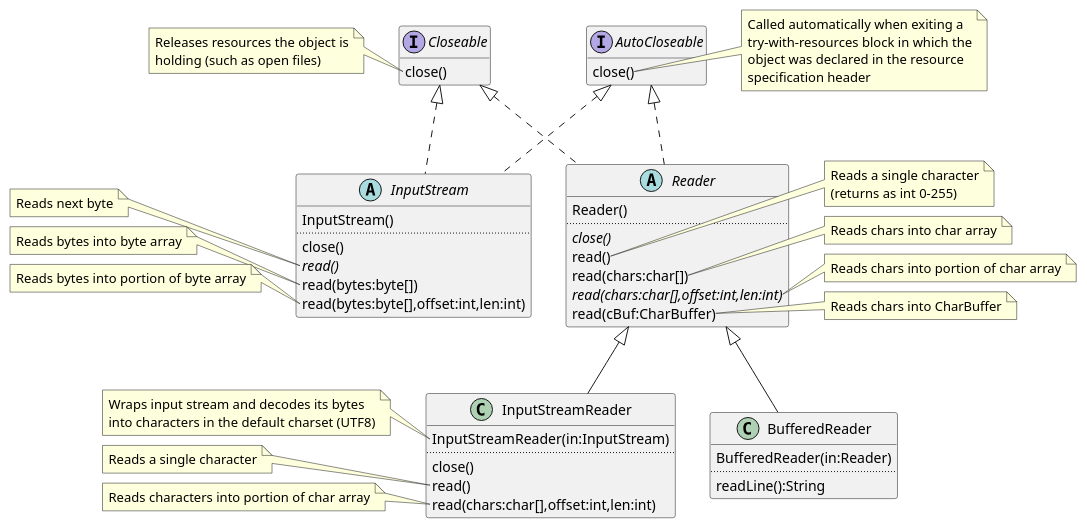
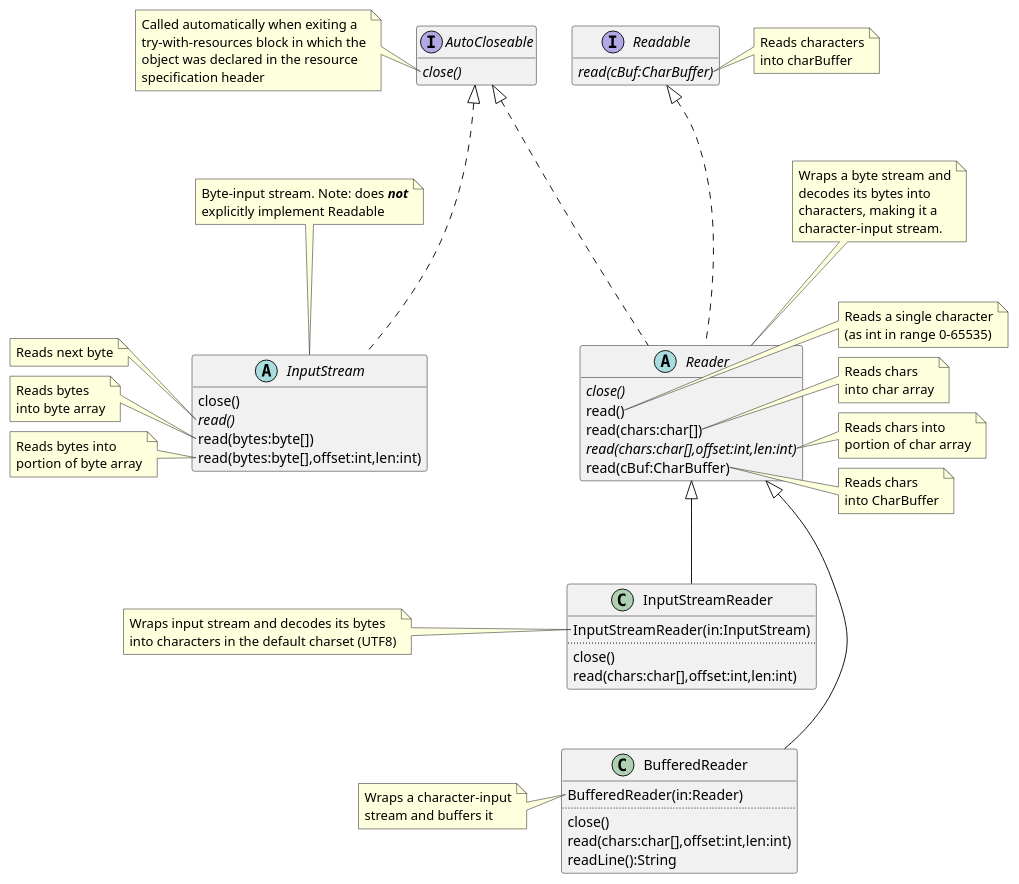
Before and after one commit to dtuinstr/SocketDemo: the diagram in uml/InputStream.puml, drawn with PlantUML. The commit also changed 1 other file, not shown here.

Commit message:
Finish and clean up InputStream, OutputStream UML.

```diff
--- a/uml/InputStream.puml
+++ b/uml/InputStream.puml
@@ -1,134 +1,147 @@
 @startuml
 'https://plantuml.com/class-diagram
 
 'Make public/private/etc show up as character rather than colored circle.
 skinparam classAttributeIconSize 0
 
-interface Closeable {
-    close()
-}
-note left of Closeable::close()
-    Releases resources the object is
-    holding (such as open files)
-end note
+'interface Closeable {
+'    close()
+'}
+'note left of Closeable::close()
+'    Releases resources the object is
+'    holding (such as open files)
+'end note
 
 interface AutoCloseable {
-    close()
+    {abstract} close()
 }
-note right of AutoCloseable::close()
+note left of AutoCloseable::close()
     Called automatically when exiting a
     try-with-resources block in which the
     object was declared in the resource
     specification header
 end note
 
-'interface Readable {
-'    read(cBuf:CharBuffer)
-'}
-'note right of Readable::read(cBuf:CharBuffer)
-'    Reads characters into charBuffer
-'end note
-
-together {
-    interface Closeable
-    interface AutoCloseable
-'    interface Readable
+interface Readable {
+    {abstract} read(cBuf:CharBuffer)
 }
+note right of Readable::read(cBuf:CharBuffer)
+    Reads characters
+    into charBuffer
+end note
 
 abstract class InputStream {
-    InputStream()
-    ..
+'    InputStream()
+'    ..
     close()
     {abstract} read()
     read(bytes:byte[])
     read(bytes:byte[],offset:int,len:int)
 }
+note top of InputStream
+    Byte-input stream. Note: does <b><i>not</i></b>
+    explicitly implement Readable
+end note
 note left of InputStream::read()
     Reads next byte
 end note
 note left of InputStream::read(bytes:byte[])
-    Reads bytes into byte array
+    Reads bytes
+    into byte array
 end note
 note left of InputStream::read(bytes:byte[],offset:int,len:int)
-    Reads bytes into portion of byte array
+    Reads bytes into
+    portion of byte array
 end note
 
 abstract class Reader {
-    Reader()
-    ..
+'    Reader()
+'    ..
     {abstract} close()
     read()
     read(chars:char[])
     {abstract} read(chars:char[],offset:int,len:int)
     read(cBuf:CharBuffer)
 }
+note top of Reader
+    Wraps a byte stream and
+    decodes its bytes into
+    characters, making it a
+    character-input stream.
+end note
 note right of Reader::read()
     Reads a single character
-    (returns as int 0-255)
+    (as int in range 0-65535)
 end note
 note right of Reader::read(chars:char[])
-    Reads chars into char array
+    Reads chars
+    into char array
 end note
 note right of Reader::read(chars:char[],offset:int,len:int)
-    Reads chars into portion of char array
+    Reads chars into
+    portion of char array
 end note
 note right of Reader::read(cBuf:CharBuffer)
-    Reads chars into CharBuffer
+    Reads chars
+    into CharBuffer
 end note
 
 class InputStreamReader {
     InputStreamReader(in:InputStream)
     ..
     close()
-    read()
+'    read()
     read(chars:char[],offset:int,len:int)
 }
 note left of InputStreamReader::InputStreamReader(in:InputStream)
     Wraps input stream and decodes its bytes
     into characters in the default charset (UTF8)
 end note
-note left of InputStreamReader::read()
-    Reads a single character
-end note
-note left of InputStreamReader::read(chars:char[],offset:int,len:int)
-    Reads characters into portion of char array
-end note
+'note left of InputStreamReader::read()
+'    Reads a single character
+'end note
+'note left of InputStreamReader::read(chars:char[],offset:int,len:int)
+'    Reads characters into portion of char array
+'end note
 
 class BufferedReader {
     BufferedReader(in:Reader)
     ..
+    close()
+    read(chars:char[],offset:int,len:int)
     readLine():String
 }
+note left of BufferedReader::BufferedReader(in:Reader)
+    Wraps a character-input
+    stream and buffers it
+end note
 
-together {
-    class InputStreamReader
-    class BufferedReader
-}
+'Force AutoCloseable and Readable to same layer
+AutoCloseable -[hidden] Readable
 
-Closeable <|.. InputStream
+'Push InputStream down a layer
+AutoCloseable --[hidden] Spacer1
+Spacer1 --[hidden] InputStream
+hide Spacer1
+
 AutoCloseable <|.. InputStream
+AutoCloseable <|.. Reader
 
-Closeable <|.. Reader
-AutoCloseable <|.. Reader
-'Readable <|.. Reader
+'Push Reader down a layer
+Readable --[hidden] Spacer2
+Spacer2 --[hidden] Reader
+hide Spacer2
 
+Readable <|.. Reader
+
+Reader <|-- InputStreamReader
+'Stack InputStreamReader above BufferedReader
+Reader --[hidden] Spacer3
+Spacer3 --[hidden] BufferedReader
+hide Spacer3
 
 Reader <|-- BufferedReader
-Reader <|-- InputStreamReader
-InputStreamReader -[hidden]> BufferedReader
-'BufferedReader -[hidden]-> InputStreamReader
-'InputStream <|-- ByteArrayInputStream
-'InputStream <|-- FileInputStream
-'InputStream <|-- FilterInputStream
-'InputStream <|-- ObjectInputStream
-'InputStream <|-- PipedInputStream
-'InputStream <|-- SequenceInputStream
-'InputStream <|-- StringBufferInputStream
-'
-'Closeable <|.. InputStreamReader
-'AutoCloseable <|.. InputStreamReader
-'Readable <|.. InputStreamReader
 
 hide empty members
 
 @enduml
```
